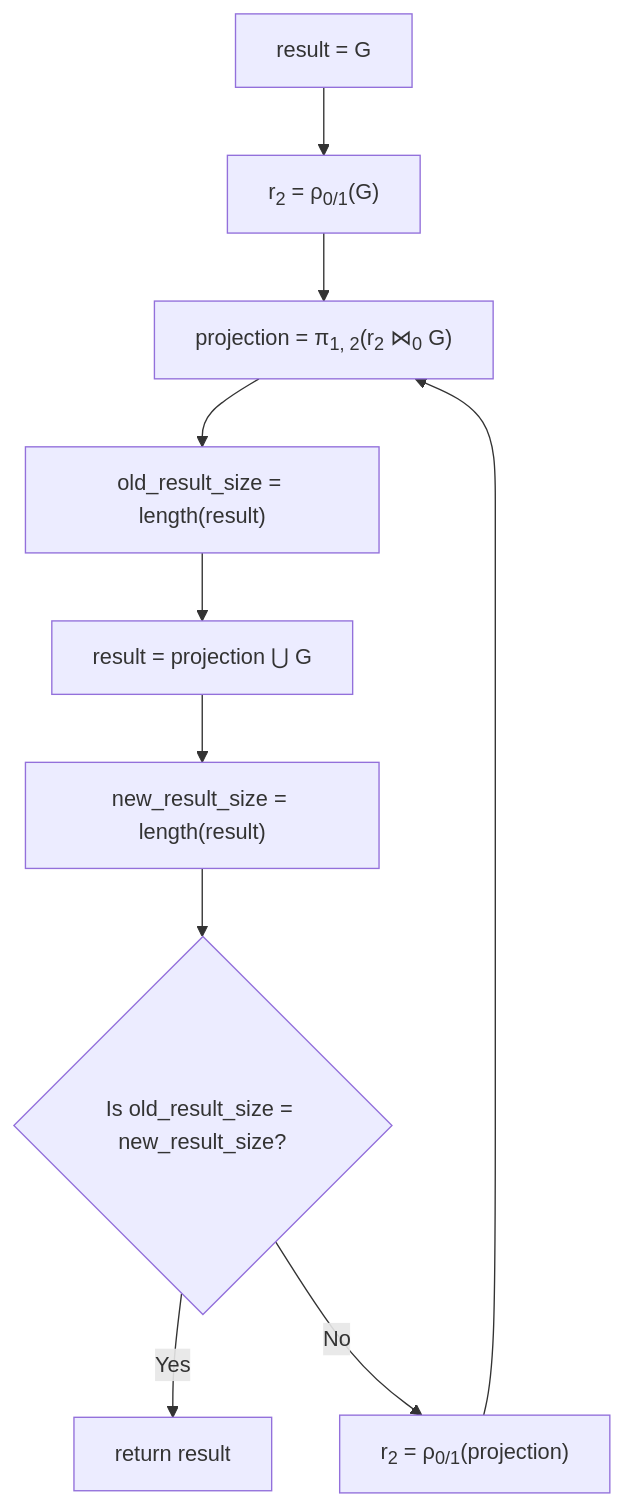
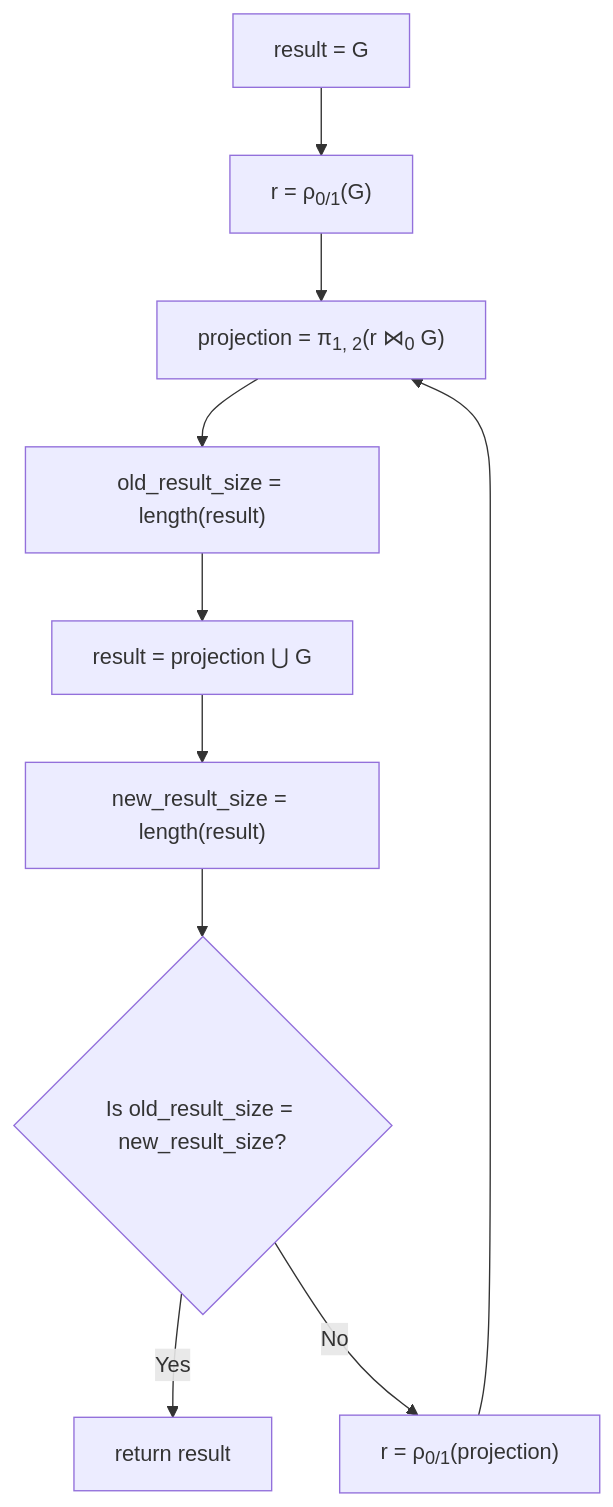
Before and after one commit to harp-lab/GPUJoin: the diagram in rapids_implementation/README.md, drawn with Mermaid. The commit also changed other lines of this file and 3 other files, not shown here.

Commit message:
removed reverse in tc and updated flowchart

````diff
--- a/rapids_implementation/README.md
+++ b/rapids_implementation/README.md
@@ -81,12 +81,12 @@
 ```mermaid
 flowchart TD
-    B["result = G"] --> C["r<sub>2</sub> = #961;<sub>0/1</sub>(G)"]
-    C --> D["projection = #960;<sub>1, 2</sub>(r<sub>2</sub> #8904;<sub>0</sub> G)"]
+    B["result = G"] --> C["r = #961;<sub>0/1</sub>(G)"]
+    C --> D["projection = #960;<sub>1, 2</sub>(r #8904;<sub>0</sub> G)"]
     D --> E["old_result_size = length(result)"]
     E --> F["result = projection #8899; G"]
     F --> G["new_result_size = length(result)"]
     G --> H{Is old_result_size = new_result_size?}
     H --> |Yes| I[return result]
-    H --> |No| J["r<sub>2</sub> = #961;<sub>0/1</sub>(projection)"]
+    H --> |No| J["r = #961;<sub>0/1</sub>(projection)"]
     J --> D
 ```
````
